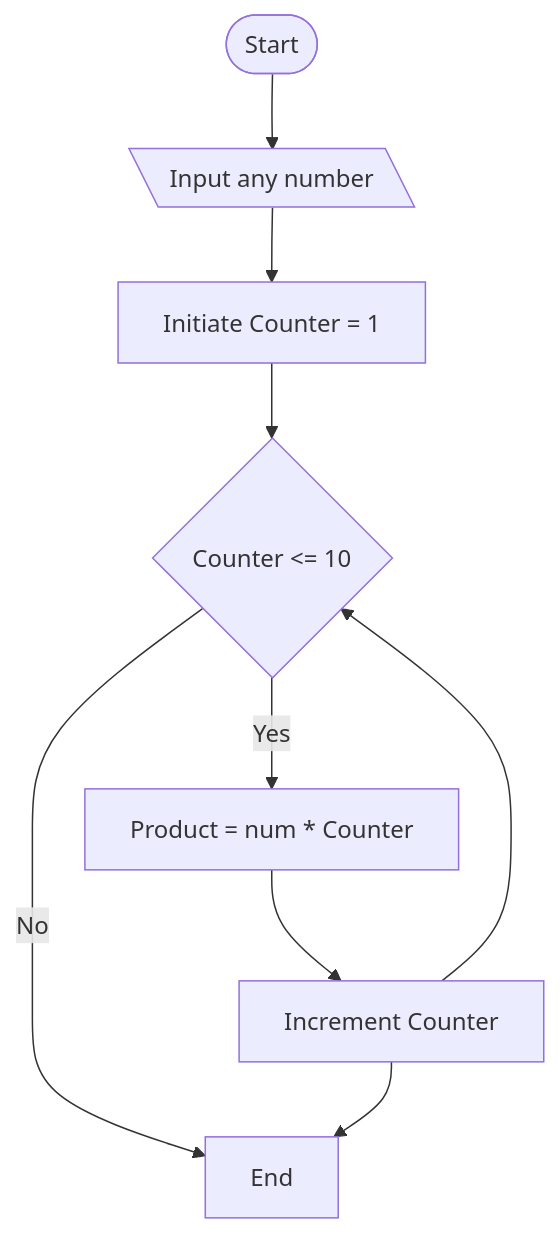
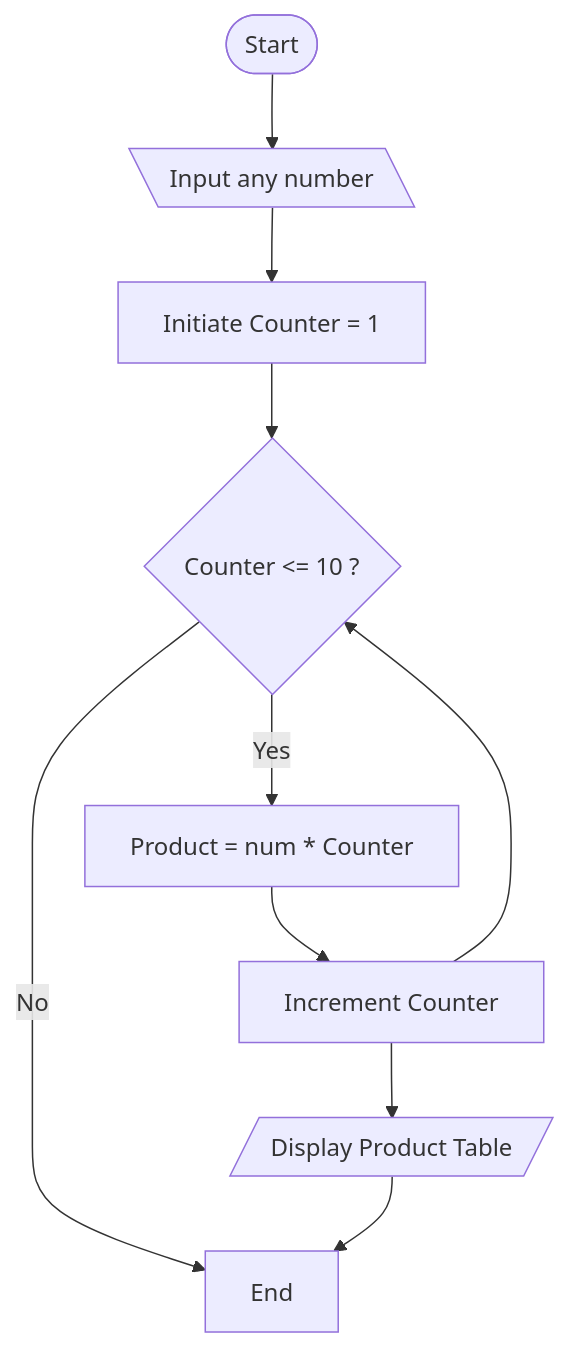
The diagram in Algorithms/Multiplication_tables.md (Padmaqaauto/Flowchart_and_Pseudocode), drawn with Mermaid before and after one commit. The commit also changed 12 other files, not shown here.

````diff
--- a/Algorithms/Multiplication_tables.md
+++ b/Algorithms/Multiplication_tables.md
@@ -29,13 +29,14 @@
 ```mermaid
 
 flowchart TD
     A(["Start"]) --> B[\Input any number\]
     B --> C["Initiate Counter = 1"]
-    C --> D{"Counter <= 10"} 
+    C --> D{"Counter <= 10 ?"} 
     D --> |Yes| E[" Product = num * Counter"]
     D --> |No| F["End"]
     E --> G["Increment Counter"]
     G --> D
-    G --> F["End"]
+    G --> H[/Display Product Table /]
+    H --> F
 
 ```
````
